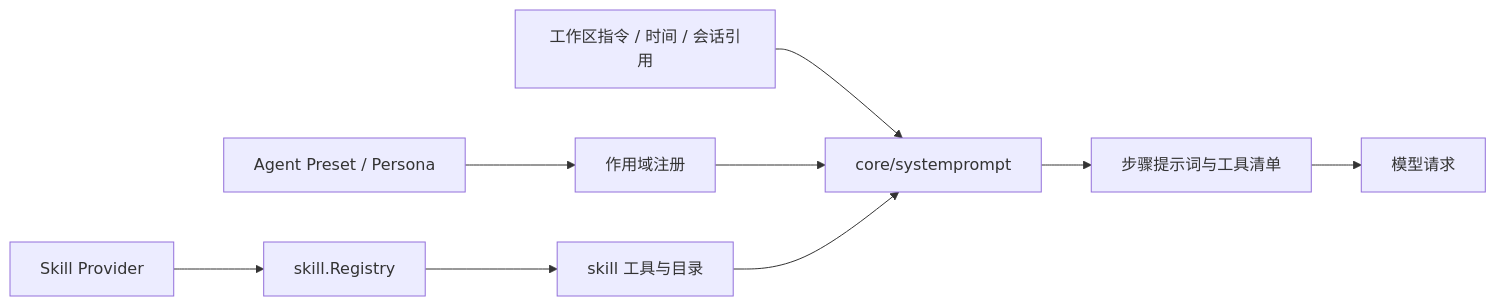
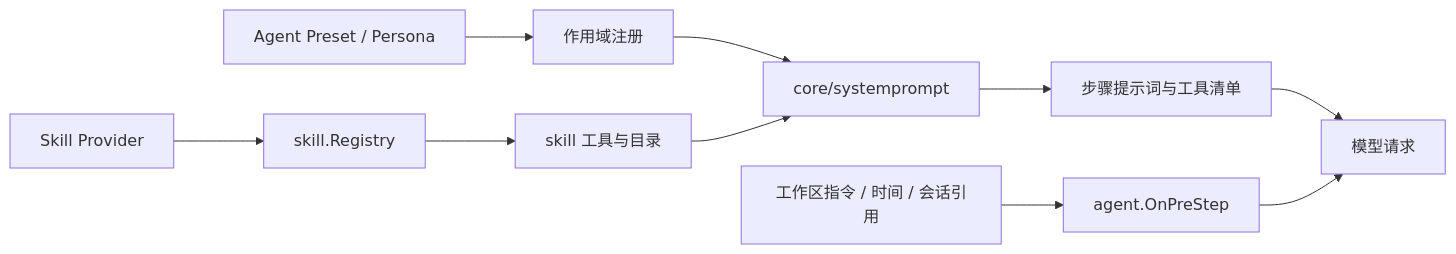
The diagram in docs/modules/skill.md (snight1983/ds-harness-go), drawn with Mermaid before and after one commit. The commit also changed other lines of this file and 195 other files, not shown here.

````diff
--- a/docs/modules/skill.md
+++ b/docs/modules/skill.md
@@ -11,11 +11,12 @@
 ```mermaid
 flowchart LR
     Providers["Skill Provider"] --> SkillRegistry["skill.Registry"]
     Presets["Agent Preset / Persona"] --> Scope["作用域注册"]
-    Context["工作区指令 / 时间 / 会话引用"] --> Prompt["core/systemprompt"]
     SkillRegistry --> SkillTool["skill 工具与目录"]
-    Scope --> Prompt
+    Scope --> Prompt["core/systemprompt"]
     SkillTool --> Prompt
     Prompt --> Assembly["步骤提示词与工具清单"]
     Assembly --> Model["模型请求"]
+    Context["工作区指令 / 时间 / 会话引用"] --> PreStep["agent.OnPreStep"]
+    PreStep --> Model
 ```
````
